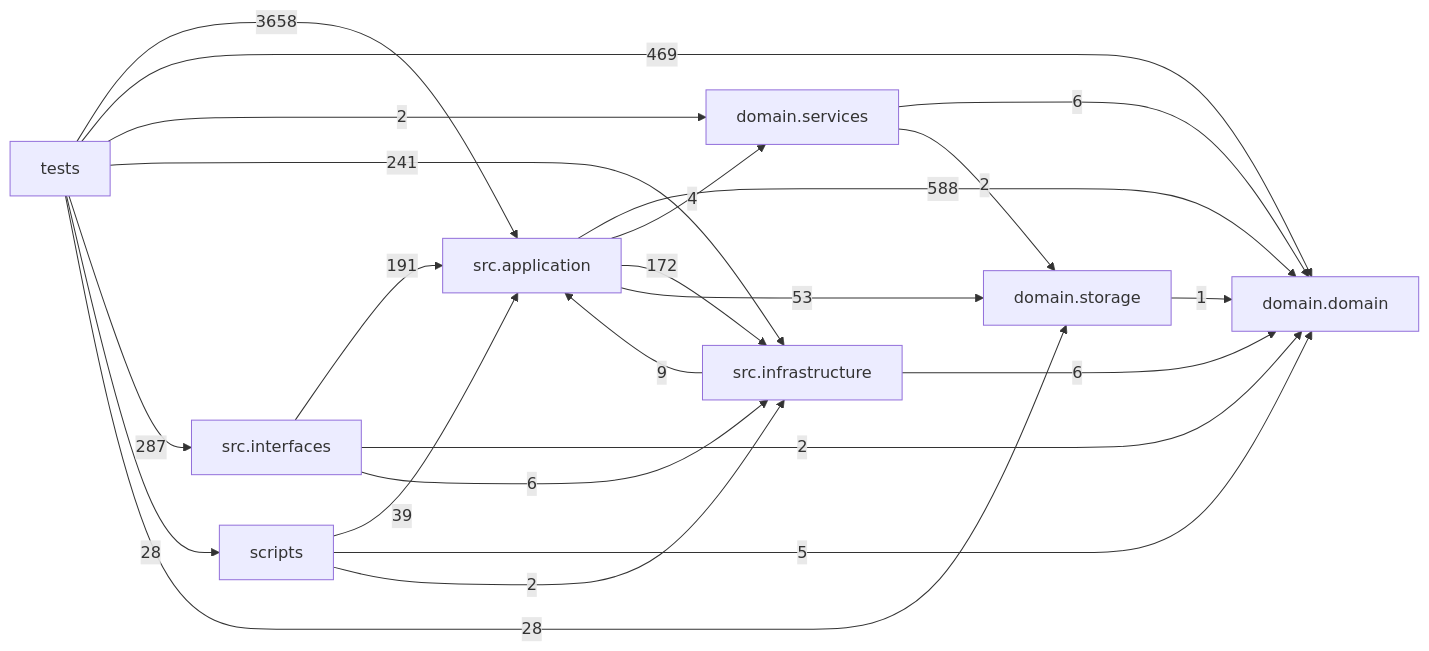
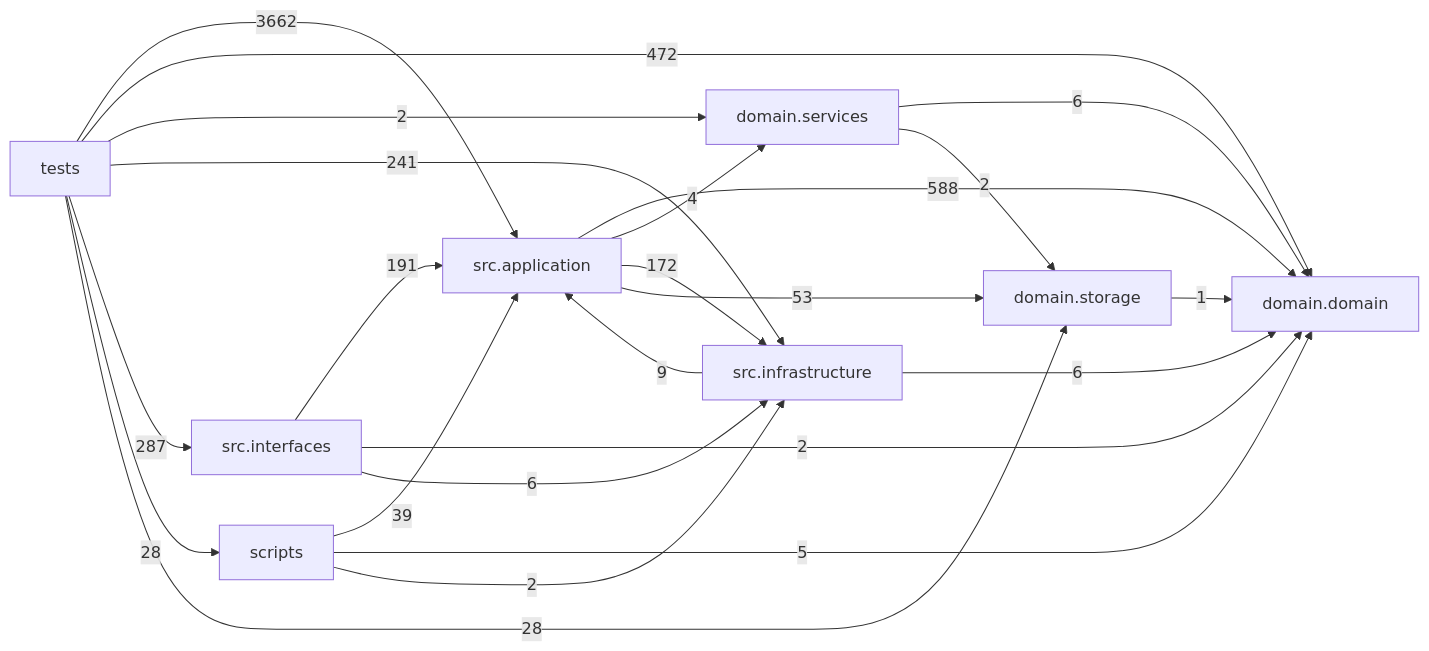
Before and after one commit to liuxie066/options-monitor: the diagram in docs/DEPENDENCY_GRAPH.md, drawn with Mermaid. The commit also changed other lines of this file and 12 other files, not shown here.

````diff
--- a/docs/DEPENDENCY_GRAPH.md
+++ b/docs/DEPENDENCY_GRAPH.md
@@ -24,33 +24,33 @@
 ```mermaid
 flowchart LR
   tests["tests"]
   scripts["scripts"]
   interfaces["src.interfaces"]
   application["src.application"]
   infrastructure["src.infrastructure"]
   domain_services["domain.services"]
   domain["domain.domain"]
   storage["domain.storage"]
   application -->|588| domain
   application -->|4| domain_services
   application -->|172| infrastructure
   application -->|53| storage
   domain_services -->|6| domain
   domain_services -->|2| storage
   infrastructure -->|9| application
   infrastructure -->|6| domain
   interfaces -->|191| application
   interfaces -->|2| domain
   interfaces -->|6| infrastructure
   scripts -->|39| application
   scripts -->|5| domain
   scripts -->|2| infrastructure
   storage -->|1| domain
-  tests -->|3658| application
-  tests -->|469| domain
+  tests -->|3662| application
+  tests -->|472| domain
   tests -->|2| domain_services
   tests -->|241| infrastructure
   tests -->|287| interfaces
   tests -->|28| scripts
   tests -->|28| storage
 ```
````
